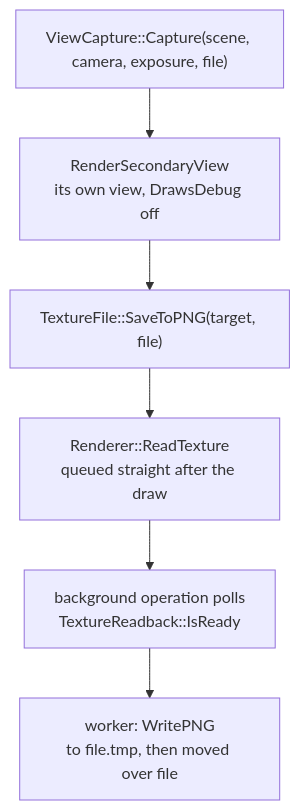
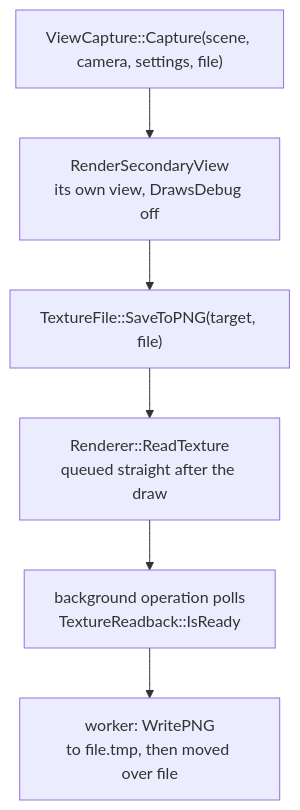
Before and after one commit to b1nary0/RZE: the third of 4 diagrams in Docs/Generated/Engine/04-Rendering/Engine-Graphics-Layer.md, drawn with Mermaid. The commit also changed other lines of this file and 20 other files, not shown here.

````diff
--- a/Docs/Generated/Engine/04-Rendering/Engine-Graphics-Layer.md
+++ b/Docs/Generated/Engine/04-Rendering/Engine-Graphics-Layer.md
@@ -105,9 +107,9 @@
 ```mermaid
 %%{init: {'flowchart': {'subGraphTitleMargin': {'top': 6, 'bottom': 10}}, 'themeCSS': '.labelBkg, .edgeLabel { background-color: var(--background-primary) !important; } .messageText, .labelText, .loopText { paint-order: stroke; stroke: var(--background-primary); stroke-width: 5px; stroke-linejoin: round; }'}}%%
 flowchart TD
-    Cap["ViewCapture::Capture(scene, camera, exposure, file)"] --> Sec["RenderSecondaryView<br/>its own view, DrawsDebug off"]
+    Cap["ViewCapture::Capture(scene, camera, settings, file)"] --> Sec["RenderSecondaryView<br/>its own view, DrawsDebug off"]
     Sec --> Save["TextureFile::SaveToPNG(target, file)"]
     Save --> Read["Renderer::ReadTexture<br/>queued straight after the draw"]
     Read --> Poll["background operation polls<br/>TextureReadback::IsReady"]
     Poll --> Write["worker: WritePNG<br/>to file.tmp, then moved over file"]
 ```
````
